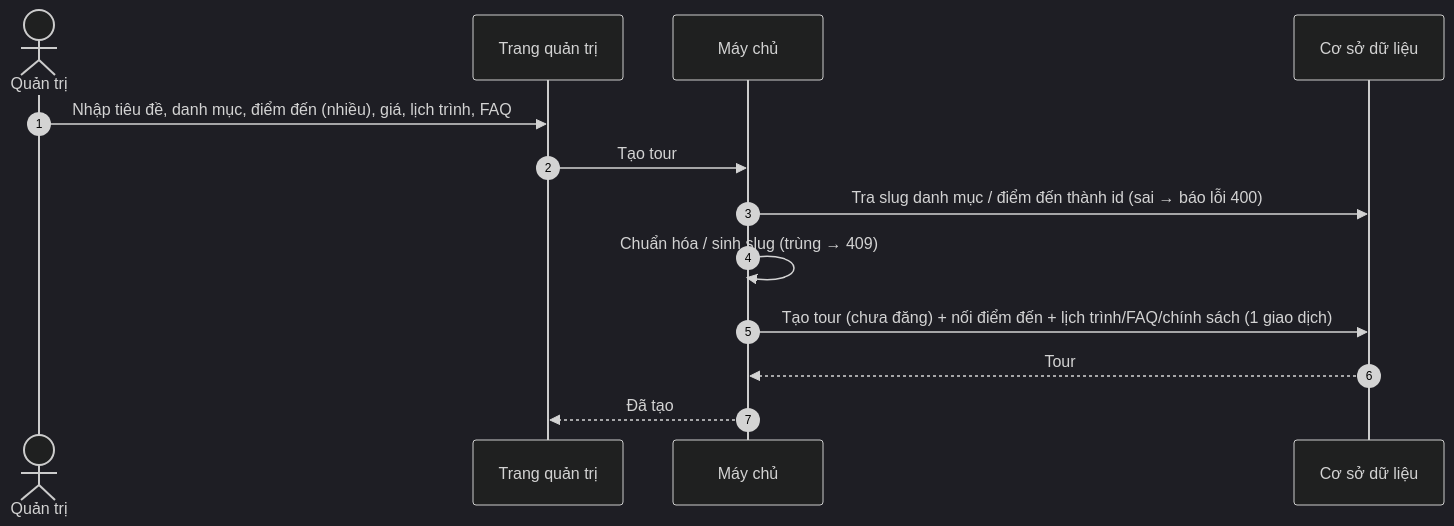
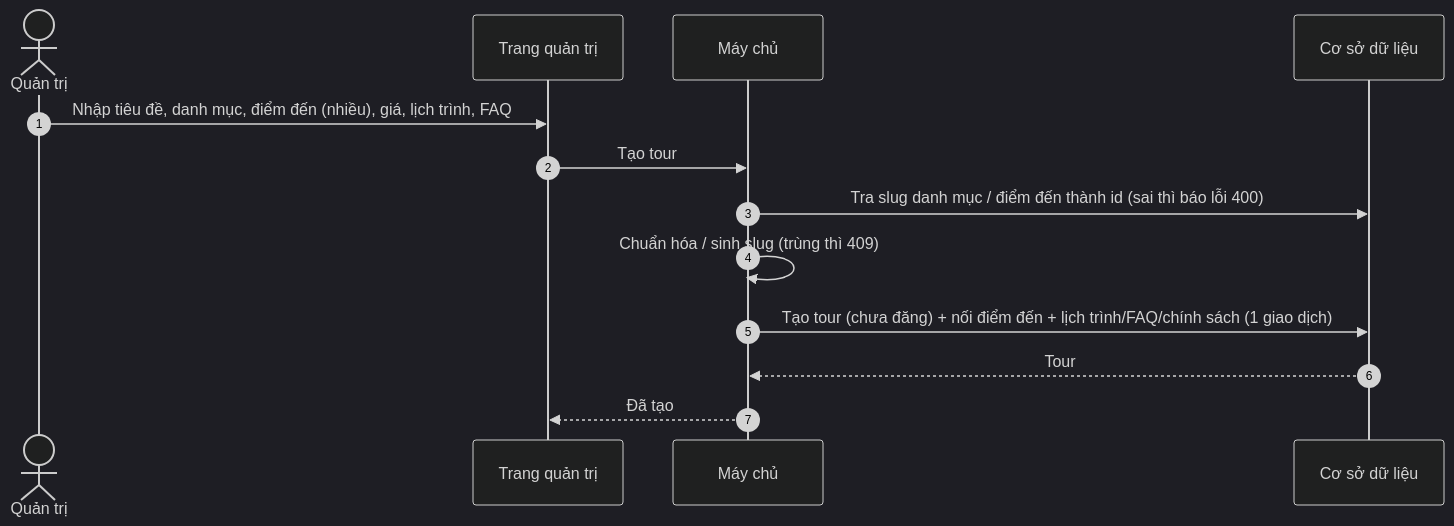
Diagram 15 of 36 in docs/03-reference/diagrams-admin.md (yurivolkov21/Tourism-Platform), drawn with Mermaid (dark theme) before and after one commit. The commit also changed other lines of this file and 3 other files, not shown here.

First line of the commit message:
docs(reference): fix Mermaid rendering — drop ; and unicode arrows from messages

````diff
--- a/docs/03-reference/diagrams-admin.md
+++ b/docs/03-reference/diagrams-admin.md
@@ -302,15 +302,15 @@
 ```mermaid
 sequenceDiagram
     autonumber
     actor AD as Quản trị
     participant FE as Trang quản trị
     participant API as Máy chủ
     participant DB as Cơ sở dữ liệu
     AD->>FE: Nhập tiêu đề, danh mục, điểm đến (nhiều), giá, lịch trình, FAQ
     FE->>API: Tạo tour
-    API->>DB: Tra slug danh mục / điểm đến thành id (sai → báo lỗi 400)
-    API->>API: Chuẩn hóa / sinh slug (trùng → 409)
+    API->>DB: Tra slug danh mục / điểm đến thành id (sai thì báo lỗi 400)
+    API->>API: Chuẩn hóa / sinh slug (trùng thì 409)
     API->>DB: Tạo tour (chưa đăng) + nối điểm đến + lịch trình/FAQ/chính sách (1 giao dịch)
     DB-->>API: Tour
     API-->>FE: Đã tạo
 ```
````
